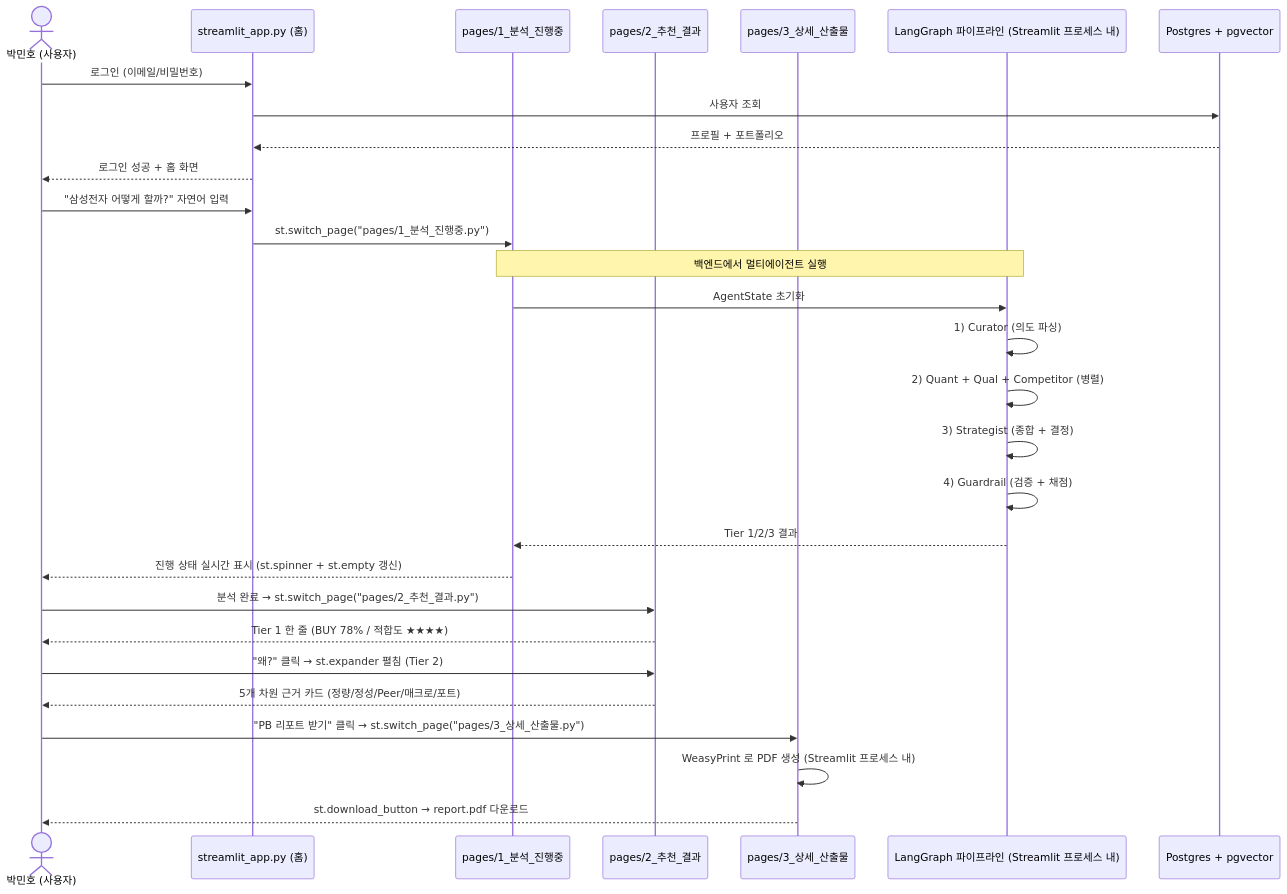
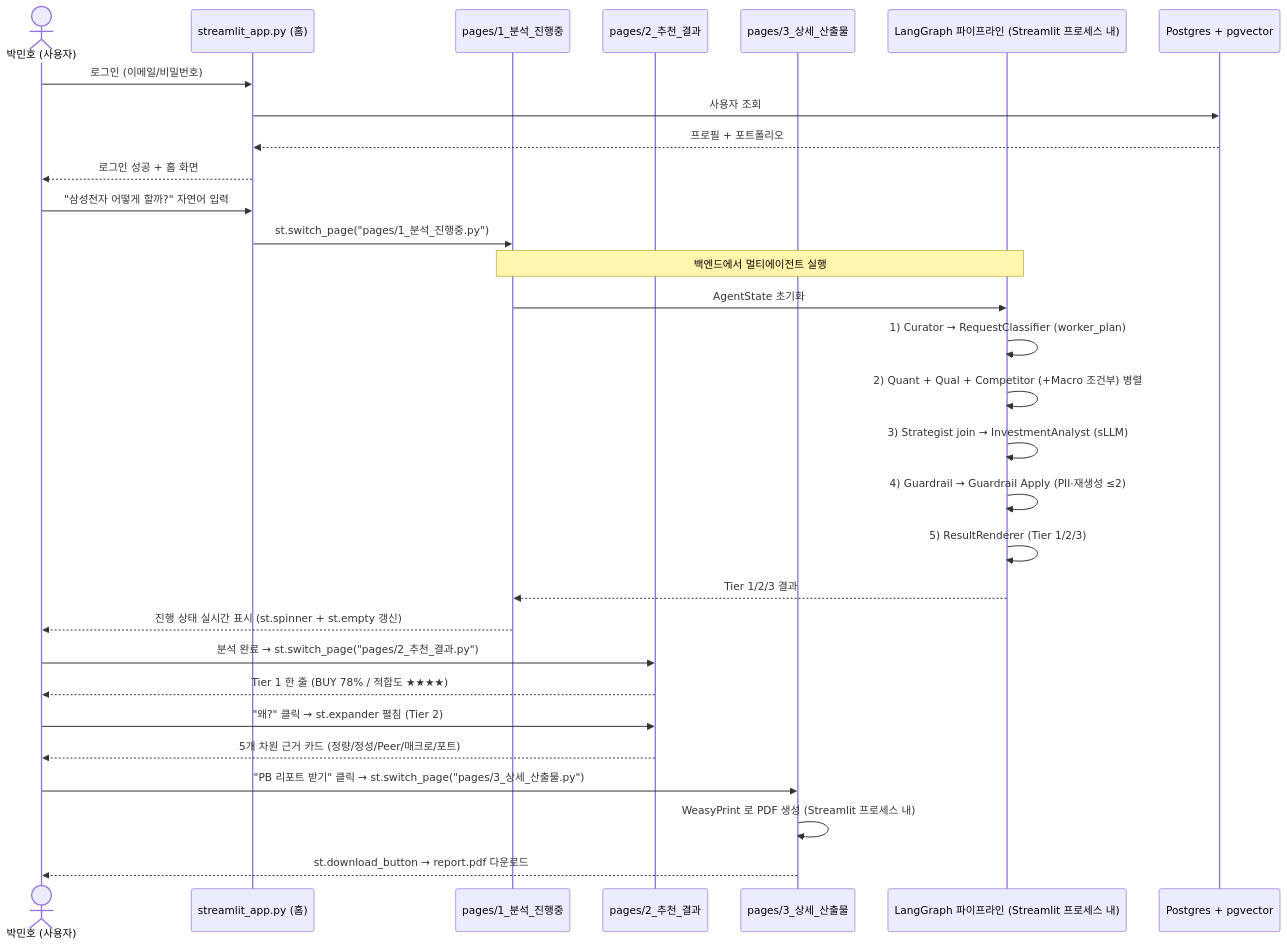
Before and after one commit to mygithub05253/stock-agent: the first of 6 diagrams in docs/architecture/system_flow.md, drawn with Mermaid. The commit also changed other lines of this file and 8 other files, not shown here.

First line of the commit message:
📝 Docs: Phase 1 드리프트 정합 — 6에이전트→11노드 + ERD 코드 우선 정정

````diff
--- a/docs/architecture/system_flow.md
+++ b/docs/architecture/system_flow.md
@@ -56,39 +58,40 @@
 ```mermaid
 sequenceDiagram
     actor U as 박민호 (사용자)
     participant H as streamlit_app.py (홈)
     participant Q as pages/1_분석_진행중
     participant R as pages/2_추천_결과
     participant D as pages/3_상세_산출물
     participant LG as LangGraph 파이프라인 (Streamlit 프로세스 내)
     participant DB as Postgres + pgvector
 
     U->>H: 로그인 (이메일/비밀번호)
     H->>DB: 사용자 조회
     DB-->>H: 프로필 + 포트폴리오
     H-->>U: 로그인 성공 + 홈 화면
 
     U->>H: "삼성전자 어떻게 할까?" 자연어 입력
     H->>Q: st.switch_page("pages/1_분석_진행중.py")
 
     Note over Q,LG: 백엔드에서 멀티에이전트 실행
 
     Q->>LG: AgentState 초기화
-    LG->>LG: 1) Curator (의도 파싱)
-    LG->>LG: 2) Quant + Qual + Competitor (병렬)
-    LG->>LG: 3) Strategist (종합 + 결정)
-    LG->>LG: 4) Guardrail (검증 + 채점)
+    LG->>LG: 1) Curator → RequestClassifier (worker_plan)
+    LG->>LG: 2) Quant + Qual + Competitor (+Macro 조건부) 병렬
+    LG->>LG: 3) Strategist join → InvestmentAnalyst (sLLM)
+    LG->>LG: 4) Guardrail → Guardrail Apply (PII·재생성 ≤2)
+    LG->>LG: 5) ResultRenderer (Tier 1/2/3)
     LG-->>Q: Tier 1/2/3 결과
 
     Q-->>U: 진행 상태 실시간 표시 (st.spinner + st.empty 갱신)
 
     U->>R: 분석 완료 → st.switch_page("pages/2_추천_결과.py")
     R-->>U: Tier 1 한 줄 (BUY 78% / 적합도 ★★★★)
 
     U->>R: "왜?" 클릭 → st.expander 펼침 (Tier 2)
     R-->>U: 5개 차원 근거 카드 (정량/정성/Peer/매크로/포트)
 
     U->>D: "PB 리포트 받기" 클릭 → st.switch_page("pages/3_상세_산출물.py")
     D->>D: WeasyPrint 로 PDF 생성 (Streamlit 프로세스 내)
     D-->>U: st.download_button → report.pdf 다운로드
 ```
````
